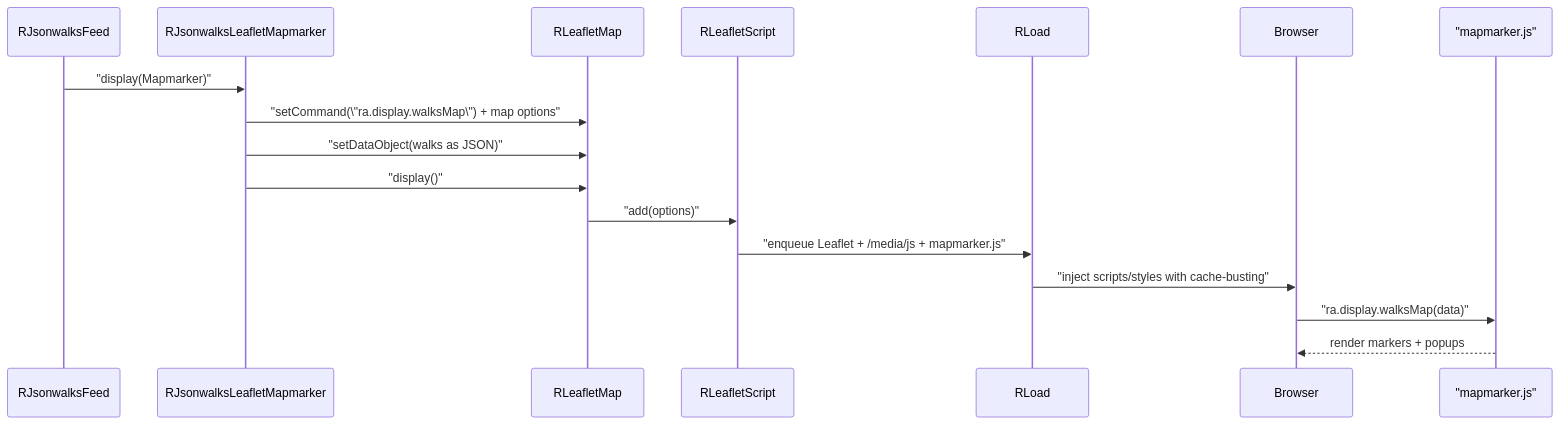
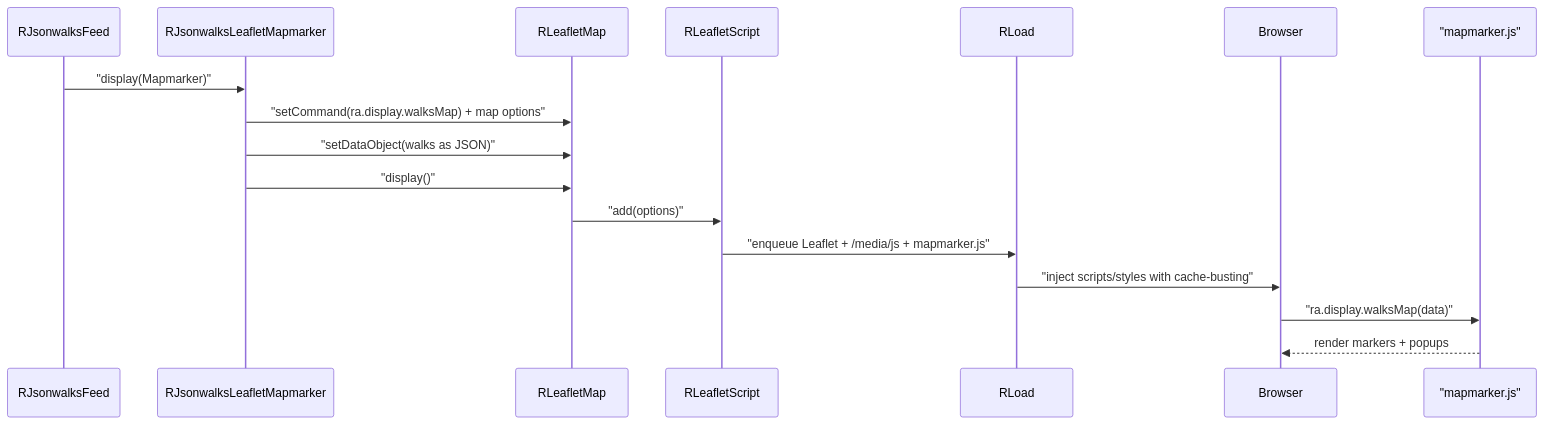
The second of 2 diagrams in jsonwalks/leaflet/HLD.md (pauljrhodes/ramblers-library), drawn with Mermaid before and after one commit. The commit also changed other lines of this file and 32 other files, not shown here.

Commit message:
Fix Mermaid diagrams for GitHub rendering

````diff
--- a/jsonwalks/leaflet/HLD.md
+++ b/jsonwalks/leaflet/HLD.md
@@ -72,20 +72,20 @@
 ```mermaid
 sequenceDiagram
     participant Feed as RJsonwalksFeed
     participant Mapmarker as RJsonwalksLeafletMapmarker
     participant Map as RLeafletMap
     participant Script as RLeafletScript
     participant Load as RLoad
     participant Browser as Browser
     participant ClientJS as "mapmarker.js"
 
     Feed->>Mapmarker: "display(Mapmarker)"
-    Mapmarker->>Map: "setCommand(\"ra.display.walksMap\") + map options"
+    Mapmarker->>Map: "setCommand(ra.display.walksMap) + map options"
     Mapmarker->>Map: "setDataObject(walks as JSON)"
     Mapmarker->>Map: "display()"
     Map->>Script: "add(options)"
     Script->>Load: "enqueue Leaflet + /media/js + mapmarker.js"
     Load->>Browser: "inject scripts/styles with cache-busting"
     Browser->>ClientJS: "ra.display.walksMap(data)"
     ClientJS-->>Browser: render markers + popups
 ```
````
